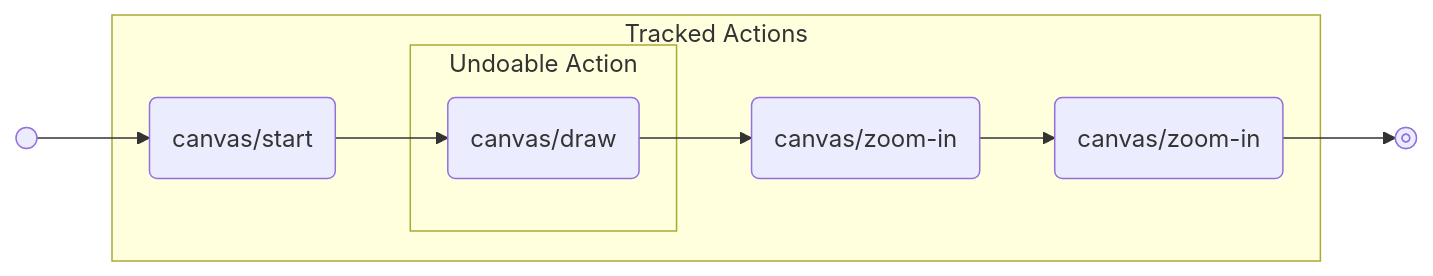
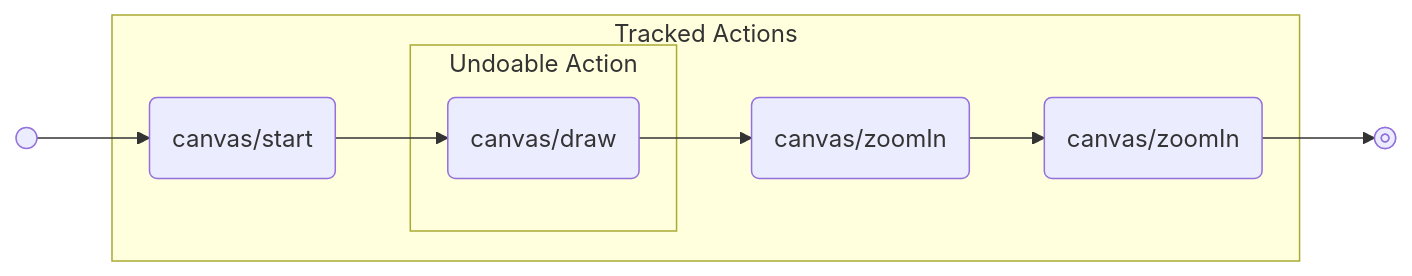
One commit to ravanscafi/redux-undo-actions changed the third of 5 diagrams in README.md. Above: the diagram before and after it, drawn with Mermaid. The commit also changed other lines of this file and 3 other files, not shown here.

````diff
--- a/README.md
+++ b/README.md
@@ -72,22 +72,22 @@
 ```mermaid
 flowchart LR
     Init@{ shape: sm-circ }
     End@{ shape: framed-circle }
     subgraph Tracked Actions
         A(canvas/start)
 
         subgraph 2 ["Undoable Action"]
             B(canvas/draw)
         end
 
-        C(canvas/zoom-in)
+        C(canvas/zoomIn)
 
-        E(canvas/zoom-in)
+        E(canvas/zoomIn)
     end
 
     Init --> A
     A --> B
     B --> C
     C --> E
     E --> End
 ```
````
